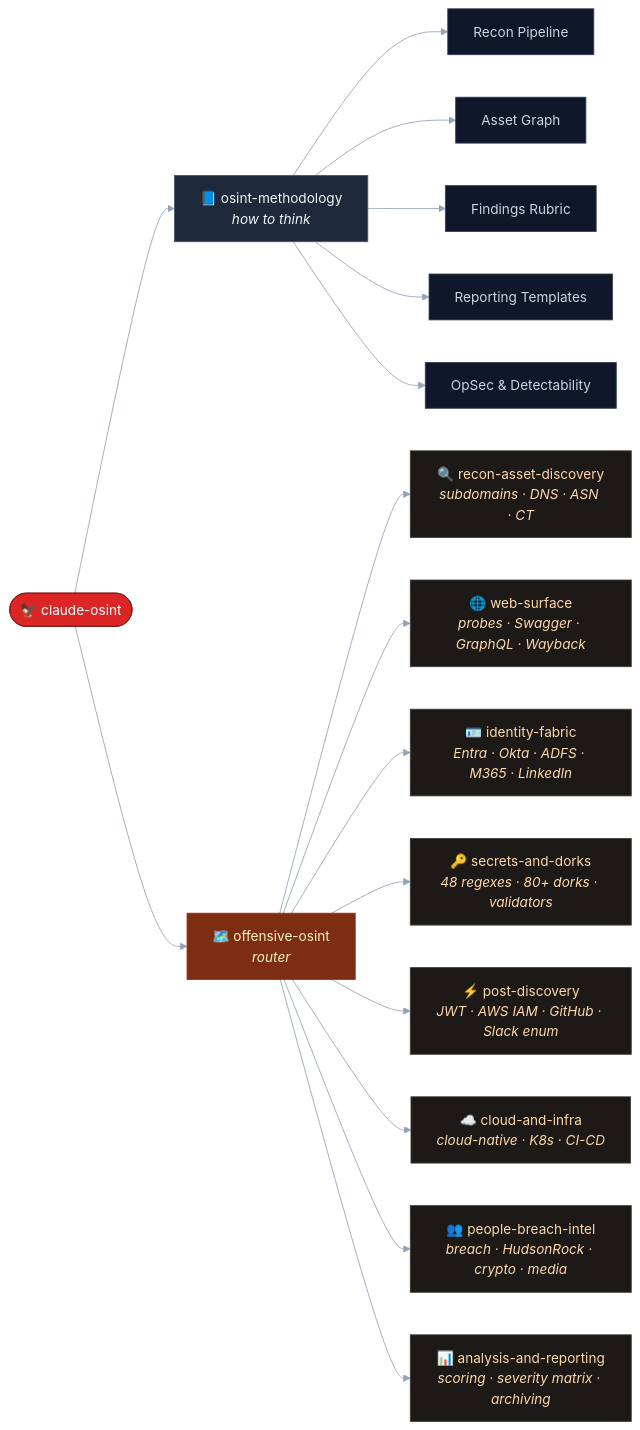
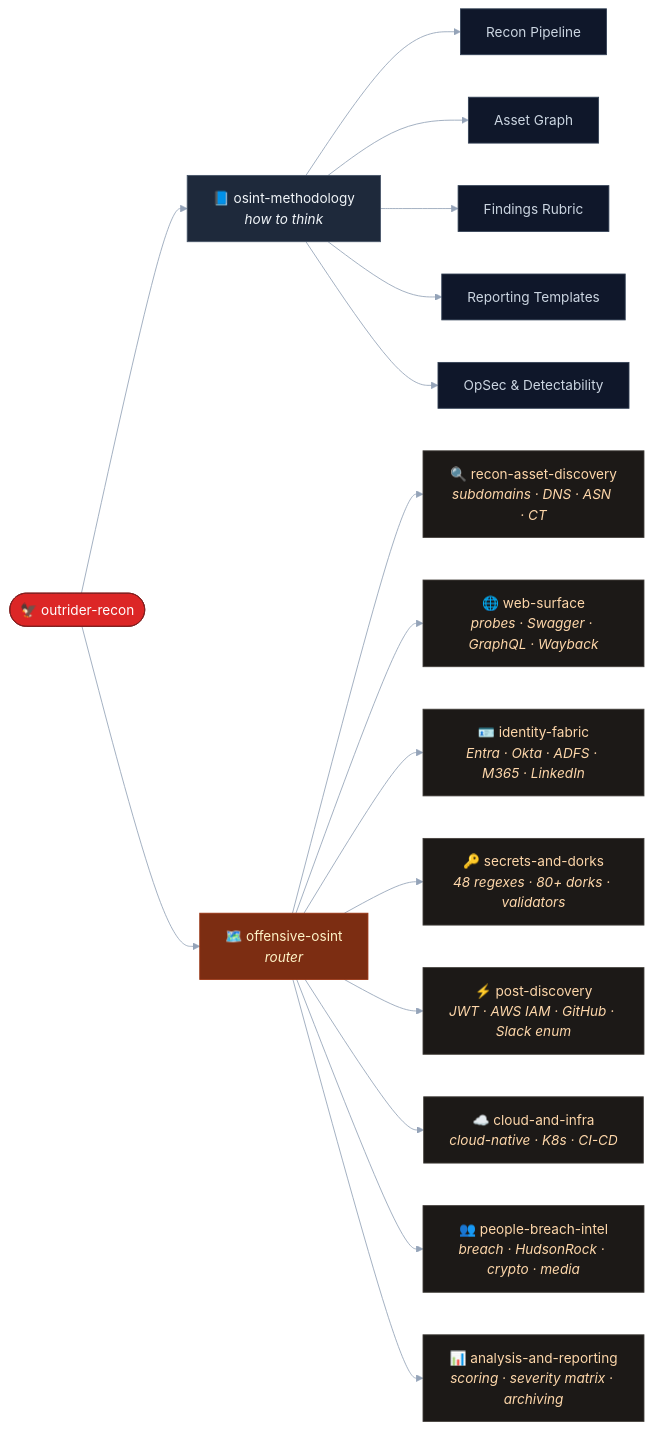
The first of 2 diagrams in README.md (Ap6pack/outrider-recon), drawn with Mermaid before and after one commit. The commit also changed other lines of this file and 7 other files, not shown here.

First line of the commit message:
docs: rebrand claude-osint → outrider-recon, ElementalSoul → Ap6pack

````diff
--- a/README.md
+++ b/README.md
@@ -206,40 +206,40 @@
 ```mermaid
 %%{init: {'theme':'base', 'themeVariables': {'primaryColor':'#1e293b','primaryTextColor':'#f1f5f9','primaryBorderColor':'#475569','lineColor':'#94a3b8'}}}%%
 flowchart LR
-    Root(["🦅 claude-osint"])
+    Root(["🦅 outrider-recon"])
 
     Root --> M["📘 osint-methodology<br/><i>how to think</i>"]
     Root --> R["🗺️ offensive-osint<br/><i>router</i>"]
 
     M --> M1[Recon Pipeline]
     M --> M2[Asset Graph]
     M --> M3[Findings Rubric]
     M --> M4[Reporting Templates]
     M --> M5[OpSec & Detectability]
 
     R --> S1["🔍 recon-asset-discovery<br/><i>subdomains · DNS · ASN · CT</i>"]
     R --> S2["🌐 web-surface<br/><i>probes · Swagger · GraphQL · Wayback</i>"]
     R --> S3["🪪 identity-fabric<br/><i>Entra · Okta · ADFS · M365 · LinkedIn</i>"]
     R --> S4["🔑 secrets-and-dorks<br/><i>48 regexes · 80+ dorks · validators</i>"]
     R --> S5["⚡ post-discovery<br/><i>JWT · AWS IAM · GitHub · Slack enum</i>"]
     R --> S6["☁️ cloud-and-infra<br/><i>cloud-native · K8s · CI-CD</i>"]
     R --> S7["👥 people-breach-intel<br/><i>breach · HudsonRock · crypto · media</i>"]
     R --> S8["📊 analysis-and-reporting<br/><i>scoring · severity matrix · archiving</i>"]
 
     style Root fill:#dc2626,stroke:#7f1d1d,color:#fff
     style M fill:#1e293b,stroke:#475569,color:#f1f5f9
     style R fill:#7c2d12,stroke:#9a3412,color:#fef3c7
     style M1 fill:#0f172a,stroke:#334155,color:#cbd5e1
     style M2 fill:#0f172a,stroke:#334155,color:#cbd5e1
     style M3 fill:#0f172a,stroke:#334155,color:#cbd5e1
     style M4 fill:#0f172a,stroke:#334155,color:#cbd5e1
     style M5 fill:#0f172a,stroke:#334155,color:#cbd5e1
     style S1 fill:#1c1917,stroke:#44403c,color:#fed7aa
     style S2 fill:#1c1917,stroke:#44403c,color:#fed7aa
     style S3 fill:#1c1917,stroke:#44403c,color:#fed7aa
     style S4 fill:#1c1917,stroke:#44403c,color:#fed7aa
     style S5 fill:#1c1917,stroke:#44403c,color:#fed7aa
     style S6 fill:#1c1917,stroke:#44403c,color:#fed7aa
     style S7 fill:#1c1917,stroke:#44403c,color:#fed7aa
     style S8 fill:#1c1917,stroke:#44403c,color:#fed7aa
 ```
````
